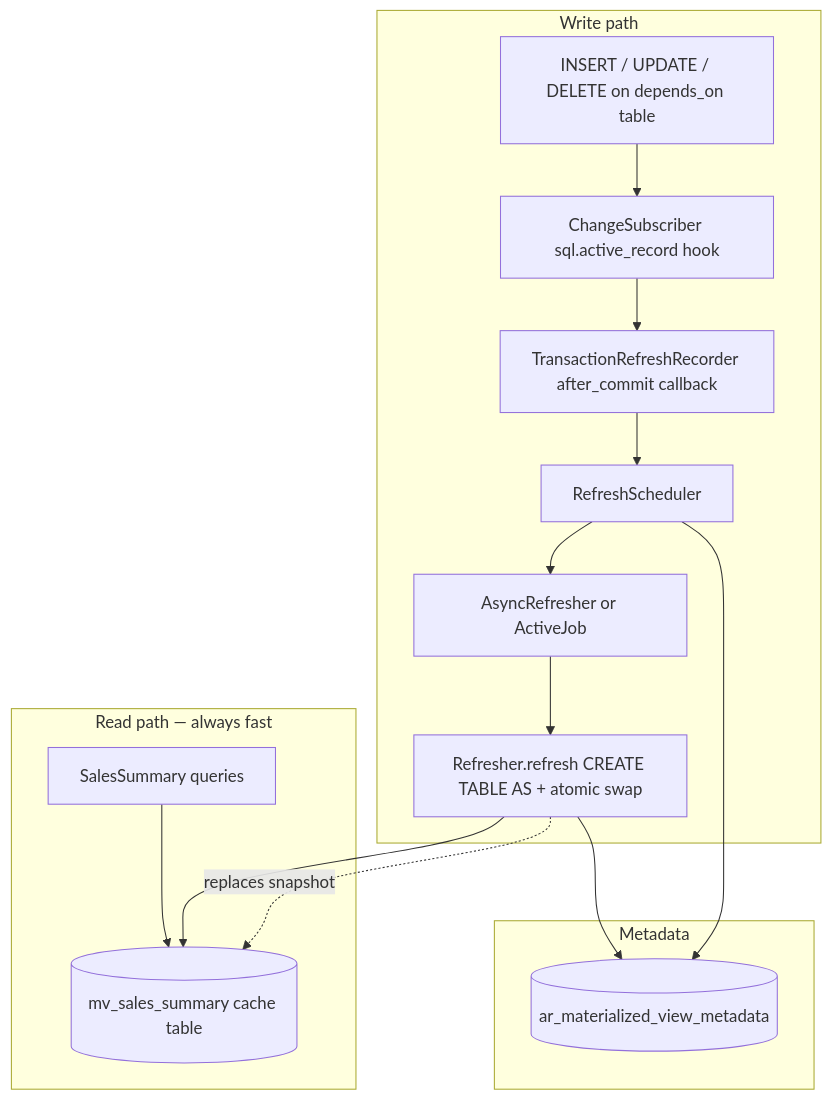
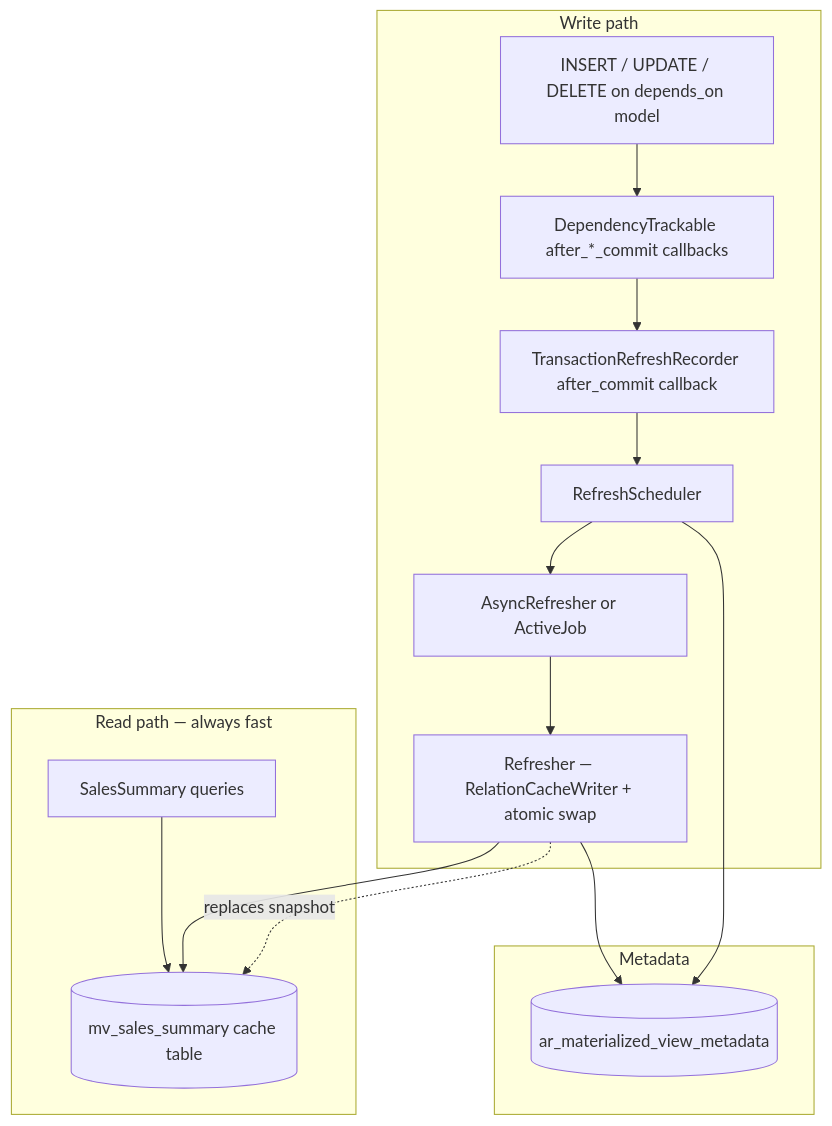
One commit to mavrukin/activerecord-materialized changed the diagram in README.md. Above: the diagram before and after it, drawn with Mermaid. The commit also changed other lines of this file, not shown here.

First line of the commit message:
Update README for relation-only materialized_from API

````diff
--- a/README.md
+++ b/README.md
@@ -57,27 +57,27 @@
 ```mermaid
 flowchart TB
     subgraph writes ["Write path"]
-        W["INSERT / UPDATE / DELETE on depends_on table"]
-        CS["ChangeSubscriber sql.active_record hook"]
+        W["INSERT / UPDATE / DELETE on depends_on model"]
+        DT["DependencyTrackable after_*_commit callbacks"]
         TR["TransactionRefreshRecorder after_commit callback"]
         RS[RefreshScheduler]
         AR["AsyncRefresher or ActiveJob"]
-        RF["Refresher.refresh CREATE TABLE AS + atomic swap"]
-        W --> CS --> TR --> RS --> AR --> RF
+        RF["Refresher — RelationCacheWriter + atomic swap"]
+        W --> DT --> TR --> RS --> AR --> RF
     end
 
     subgraph reads ["Read path — always fast"]
         Q["SalesSummary queries"]
         CT[("mv_sales_summary cache table")]
         Q --> CT
     end
 
     subgraph meta [Metadata]
         MD[("ar_materialized_view_metadata")]
         RF --> CT
         RF --> MD
         RS --> MD
     end
 
     RF -.->|replaces snapshot| CT
 ```
````
